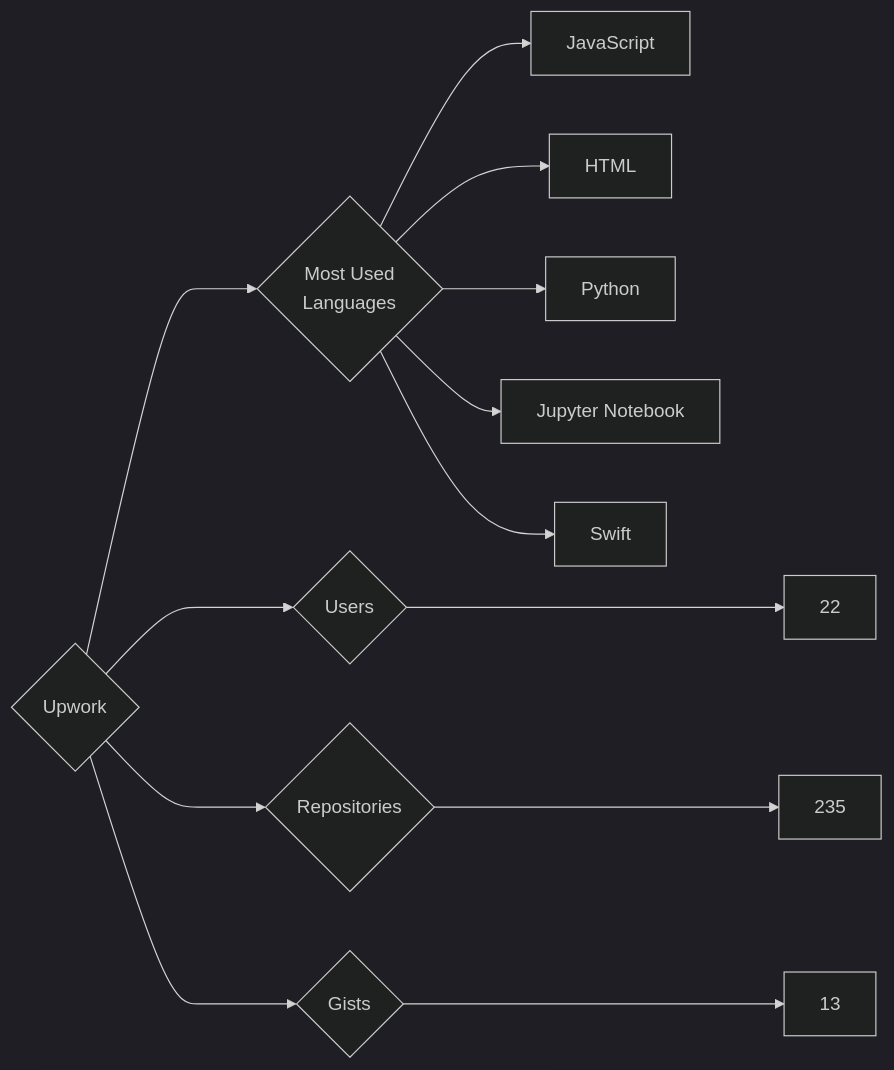
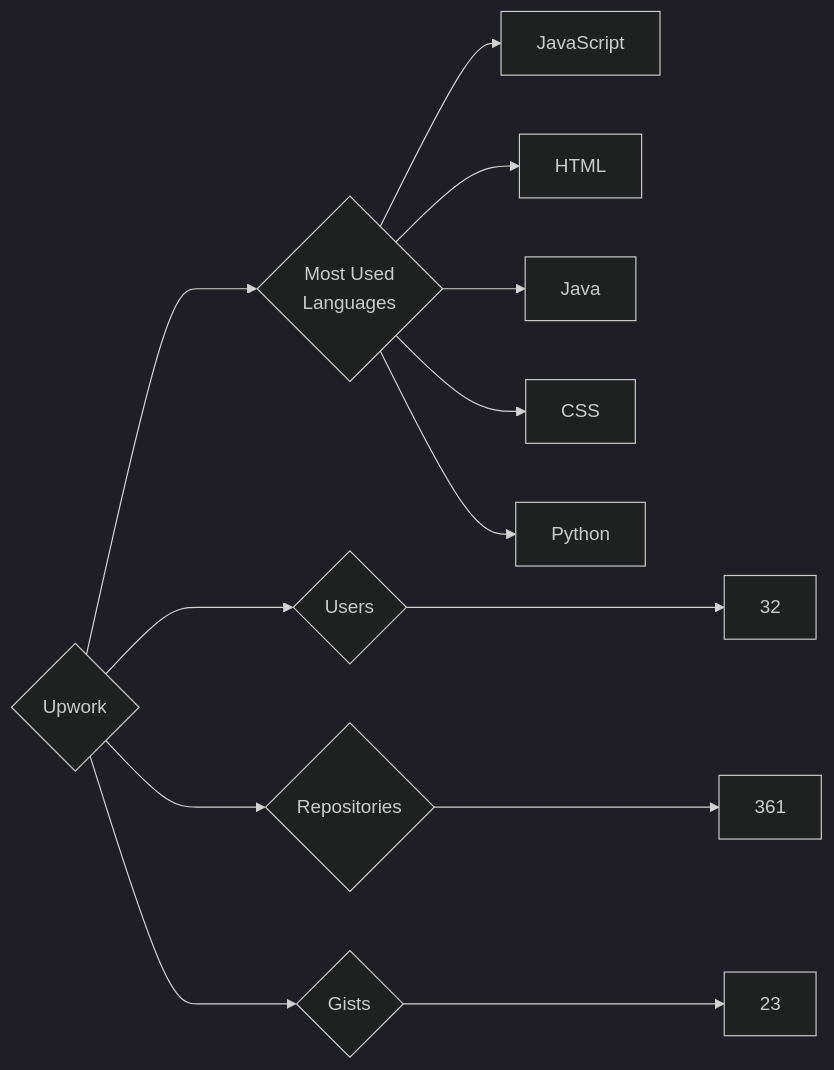
Before and after one commit to trickest/insiders: the diagram in targets/Upwork/README.md, drawn with Mermaid (dark theme). The commit also changed 835 other files, not shown here.

````diff
--- a/targets/Upwork/README.md
+++ b/targets/Upwork/README.md
@@ -3,13 +3,13 @@
 ```mermaid
 graph LR
 COMPANY_NAME{Upwork}
-COMPANY_NAME ---> U{Users} ---> UN[22]
-COMPANY_NAME ---> R{Repositories} ---> RN[235]
-COMPANY_NAME ---> G{Gists} ---> GN[13]
+COMPANY_NAME ---> U{Users} ---> UN[32]
+COMPANY_NAME ---> R{Repositories} ---> RN[361]
+COMPANY_NAME ---> G{Gists} ---> GN[23]
 COMPANY_NAME ---> ML{Most Used<br>Languages}
 ML --> JavaScript[JavaScript]
 ML --> HTML[HTML]
+ML --> Java[Java]
+ML --> CSS[CSS]
 ML --> Python[Python]
-ML --> Jupyter_Notebook[Jupyter Notebook]
-ML --> Swift[Swift]
 ```
````
